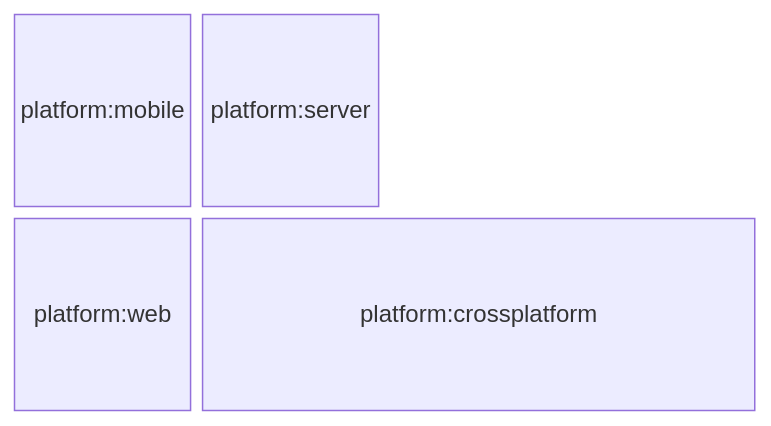
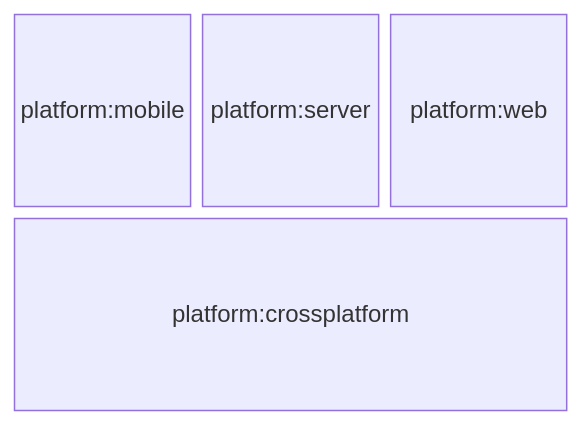
One commit to marmicode/cookbook changed the third of 6 diagrams in apps/cookbook/docs/nx/03-scaling/02-organize-libs.md. Above: the diagram before and after it, drawn with Mermaid.

Commit message:
fix(nx): 🐞 fix broken platform diagram

````diff
--- a/apps/cookbook/docs/nx/03-scaling/02-organize-libs.md
+++ b/apps/cookbook/docs/nx/03-scaling/02-organize-libs.md
@@ -95,9 +95,9 @@
 ```mermaid
 block-beta
-columns 2
+columns 3
   mobile["platform:mobile"]
   server["platform:server"]
   web["platform:web"]
   crossplatform["platform:crossplatform"]:3
   style mobile height:8rem
 ```
````
